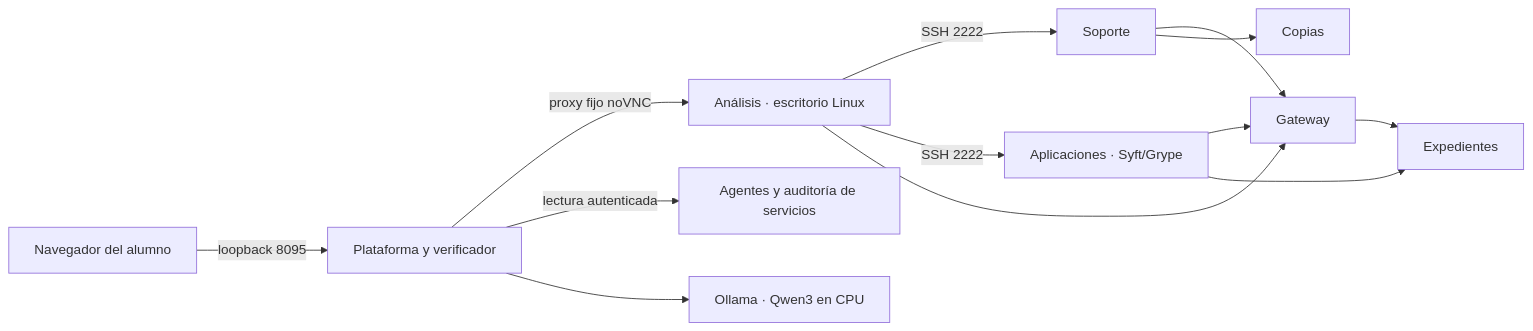
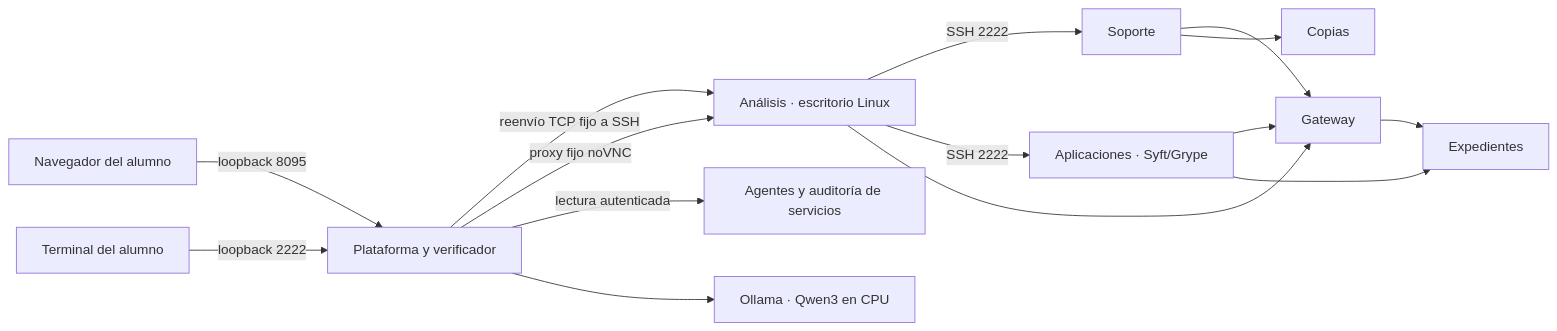
The diagram in docs/ARQUITECTURA.md (vtomasv/vulncorp-mission-lab), drawn with Mermaid before and after one commit. The commit also changed other lines of this file and 39 other files, not shown here.

````diff
--- a/docs/ARQUITECTURA.md
+++ b/docs/ARQUITECTURA.md
@@ -3,15 +3,17 @@
 ```mermaid
 flowchart LR
  B[Navegador del alumno] -->|loopback 8095| M[Plataforma y verificador]
+ T[Terminal del alumno] -->|loopback 2222| M
+ M -->|reenvío TCP fijo a SSH| W
  M -->|proxy fijo noVNC| W[Análisis · escritorio Linux]
  W -->|SSH 2222| O[Soporte]
  W -->|SSH 2222| A[Aplicaciones · Syft/Grype]
  W --> G[Gateway]
  O --> G
  O --> K[Copias]
  A --> G
  A --> R[Expedientes]
  G --> R
  M -->|lectura autenticada| E[Agentes y auditoría de servicios]
  M --> I[Ollama · Qwen3 en CPU]
 ```
````
